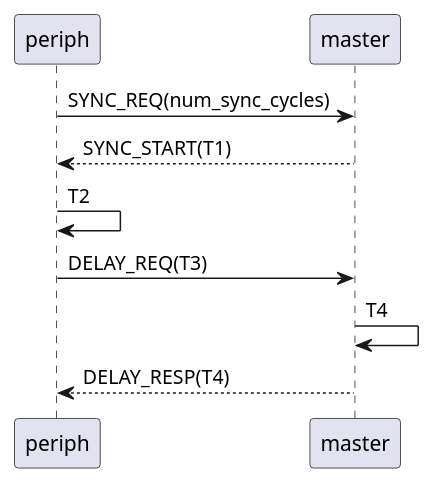
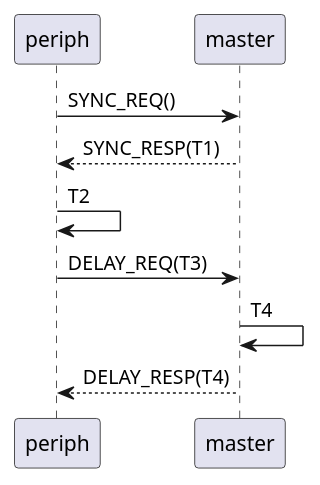
Before and after one commit to rdlaner/MicroPython_Libs: the diagram in mp_libs/time/ptp_sequence.wsd, drawn with PlantUML. The commit also changed 2 other files, not shown here.

```diff
--- a/mp_libs/time/ptp_sequence.wsd
+++ b/mp_libs/time/ptp_sequence.wsd
@@ -1,8 +1,8 @@
 @startuml
-periph -> master: SYNC_REQ(num_sync_cycles)
-master --> periph: SYNC_START(T1)
+periph -> master: SYNC_REQ()
+master --> periph: SYNC_RESP(T1)
 periph -> periph: T2
 periph -> master: DELAY_REQ(T3)
 master -> master: T4
 master --> periph: DELAY_RESP(T4)
 @enduml
```
